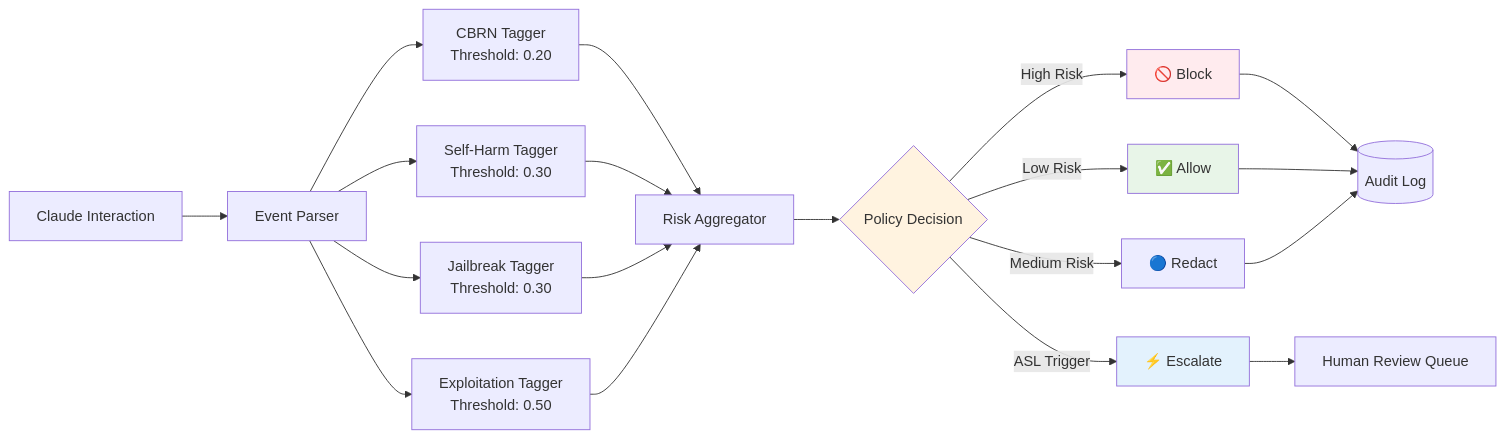
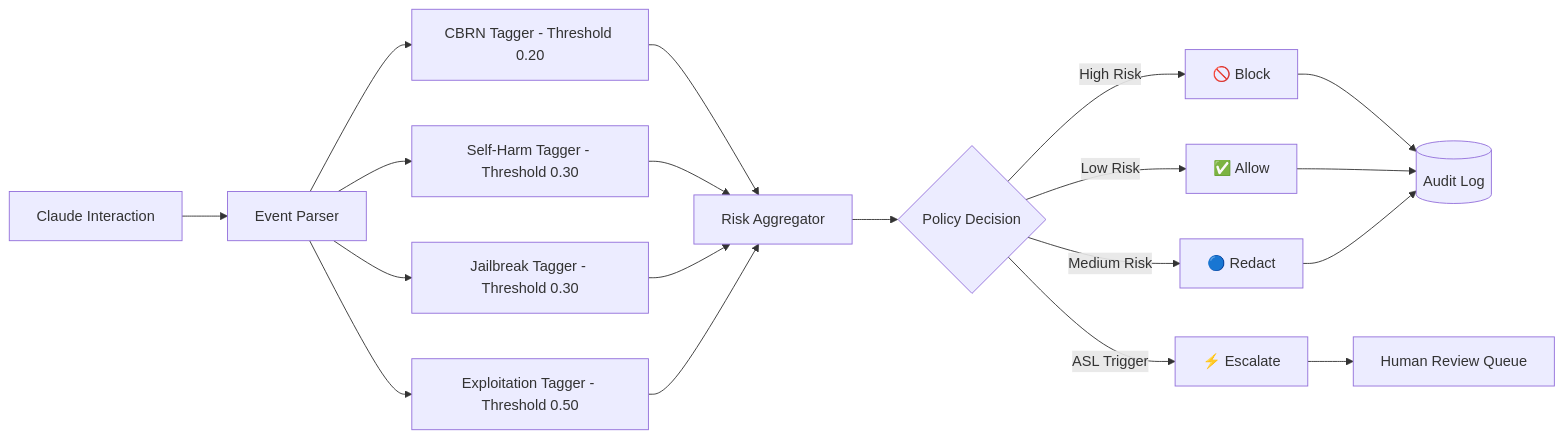
The second of 6 diagrams in README.md (dipampaul17/cgcp), drawn with Mermaid before and after one commit. The commit also changed other lines of this file, not shown here.

Commit message:
Fix Mermaid diagram syntax issues for GitHub rendering, remove contact section and future roadmap, make value proposition more natural

````diff
--- a/README.md
+++ b/README.md
@@ -102,30 +98,25 @@
 ```mermaid
 flowchart LR
     Input[Claude Interaction] --> Parse[Event Parser]
-    Parse --> CBRN[CBRN Tagger<br/>Threshold: 0.20]
-    Parse --> SelfHarm[Self-Harm Tagger<br/>Threshold: 0.30]
-    Parse --> Jailbreak[Jailbreak Tagger<br/>Threshold: 0.30]
-    Parse --> Exploit[Exploitation Tagger<br/>Threshold: 0.50]
+    Parse --> CBRN[CBRN Tagger - Threshold 0.20]
+    Parse --> SelfHarm[Self-Harm Tagger - Threshold 0.30]
+    Parse --> Jailbreak[Jailbreak Tagger - Threshold 0.30]
+    Parse --> Exploit[Exploitation Tagger - Threshold 0.50]
     
     CBRN --> Aggregator[Risk Aggregator]
     SelfHarm --> Aggregator
     Jailbreak --> Aggregator
     Exploit --> Aggregator
     
     Aggregator --> Decision{Policy Decision}
     
     Decision -->|Low Risk| Allow[✅ Allow]
     Decision -->|Medium Risk| Redact[🔵 Redact]
     Decision -->|High Risk| Block[🚫 Block]
     Decision -->|ASL Trigger| Escalate[⚡ Escalate]
     
     Block --> AuditLog[(Audit Log)]
     Escalate --> ReviewQueue[Human Review Queue]
     Allow --> AuditLog
     Redact --> AuditLog
-    
-    style Decision fill:#fff3e0
-    style Block fill:#ffebee
-    style Escalate fill:#e3f2fd
-    style Allow fill:#e8f5e8
 ```
````
